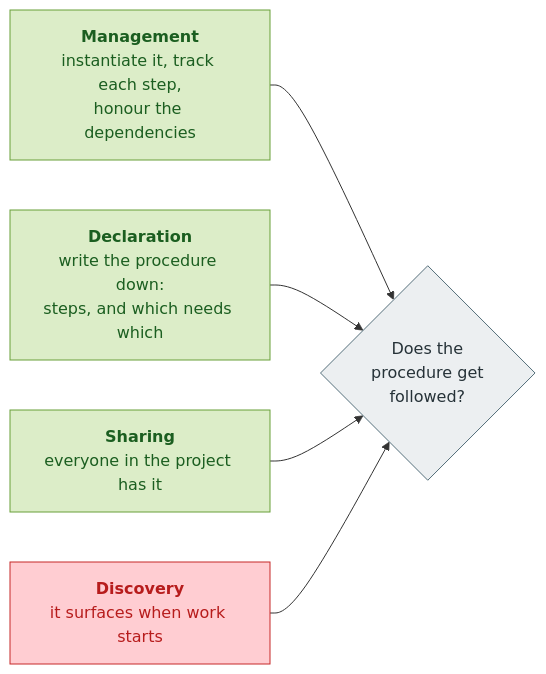
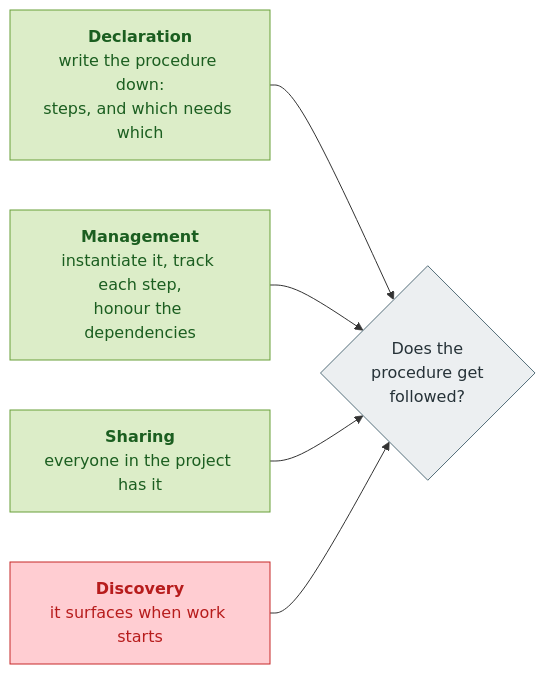
Before and after one commit to Adimpression/dotdiw: the first of 4 diagrams in README.md, drawn with Mermaid. The commit also changed other lines of this file and 29 other files, not shown here.

````diff
--- a/README.md
+++ b/README.md
@@ -31,18 +31,18 @@
 ```mermaid
 flowchart LR
+    D["<b>Declaration</b><br/>write the procedure down:<br/>steps, and which needs which"]
     M["<b>Management</b><br/>instantiate it, track each step,<br/>honour the dependencies"]
-    D["<b>Declaration</b><br/>write the procedure down:<br/>steps, and which needs which"]
     S["<b>Sharing</b><br/>everyone in the project has it"]
     X["<b>Discovery</b><br/>it surfaces when work starts"]
 
-    M --> V{"Does the<br/>procedure get<br/>followed?"}
-    D --> V
+    D --> V{"Does the<br/>procedure get<br/>followed?"}
+    M --> V
     S --> V
     X --> V
 
+    style D fill:#dcedc8,stroke:#689f38,color:#1b5e20
     style M fill:#dcedc8,stroke:#689f38,color:#1b5e20
-    style D fill:#dcedc8,stroke:#689f38,color:#1b5e20
     style S fill:#dcedc8,stroke:#689f38,color:#1b5e20
     style X fill:#ffcdd2,stroke:#c62828,color:#b71c1c
     style V fill:#eceff1,stroke:#546e7a,color:#263238
 ```
````
